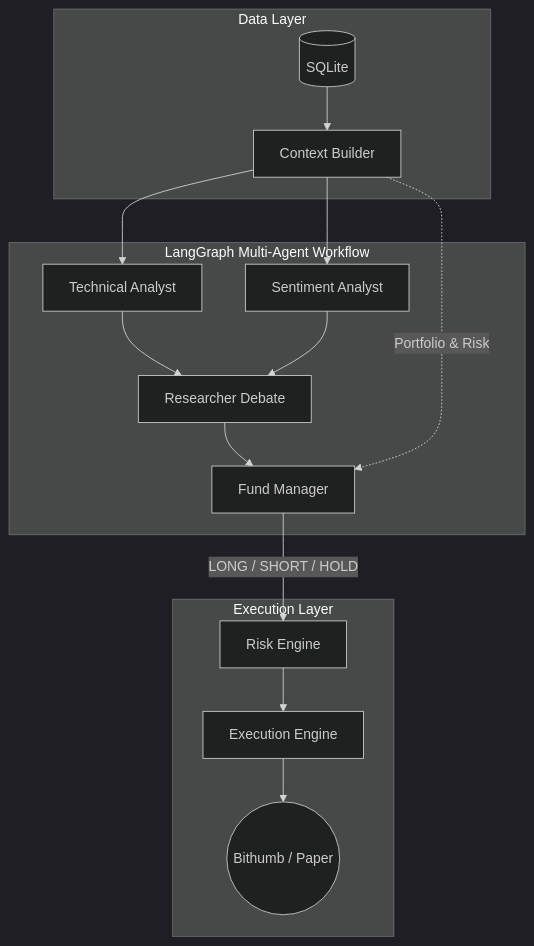
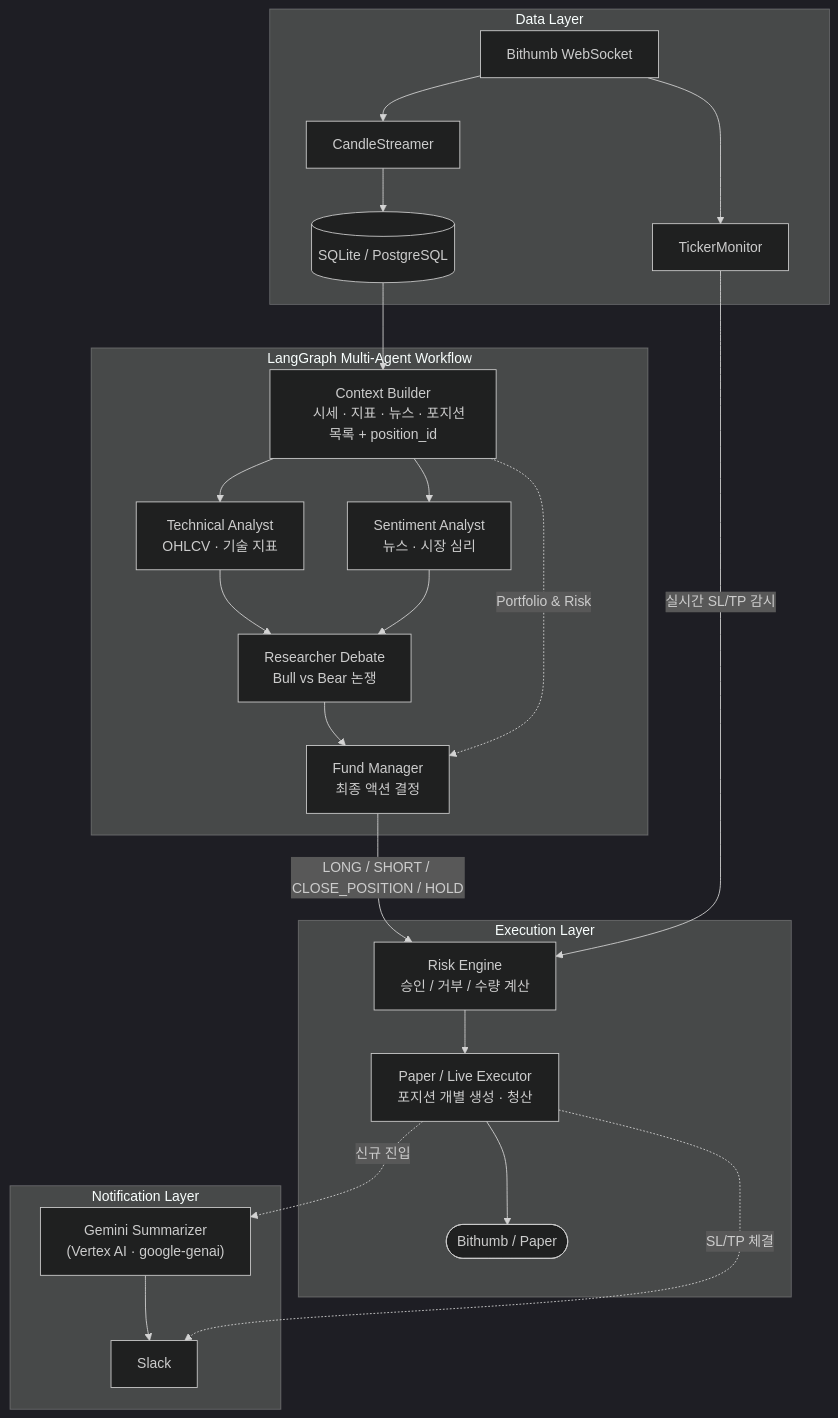
One commit to Jacob-9909/OpenTrading changed the diagram in README.md. Above: the diagram before and after it, drawn with Mermaid (dark theme). The commit also changed other lines of this file and 11 other files, not shown here.

````diff
--- a/README.md
+++ b/README.md
@@ -17,21 +9,52 @@
 ```mermaid
-graph TD
-    subgraph Data Layer
-        DB[(SQLite)] --> Context[Context Builder]
+flowchart TD
+    subgraph DataLayer["Data Layer"]
+        WS["Bithumb WebSocket"]
+        CS["CandleStreamer"]
+        TM["TickerMonitor"]
+        DB[("SQLite / PostgreSQL")]
+        WS --> CS --> DB
+        WS --> TM
     end
 
-    subgraph LangGraph Multi-Agent Workflow
-        Context --> Tech[Technical Analyst]
-        Context --> Sent[Sentiment Analyst]
-        Tech --> Debate[Researcher Debate]
-        Sent --> Debate
-        Debate --> Fund[Fund Manager]
-        Context -. Portfolio & Risk .-> Fund
+    subgraph AgentWorkflow["LangGraph Multi-Agent Workflow"]
+        CB["Context Builder
+    시세 · 지표 · 뉴스 · 포지션 목록 + position_id"]
+        TA["Technical Analyst
+        OHLCV · 기술 지표"]
+        SA["Sentiment Analyst
+        뉴스 · 시장 심리"]
+        RD["Researcher Debate
+        Bull vs Bear 논쟁"]
+        FM["Fund Manager
+        최종 액션 결정"]
+
+        CB --> TA
+        CB --> SA
+        TA --> RD
+        SA --> RD
+        RD --> FM
+        CB -. "Portfolio & Risk" .-> FM
     end
 
-    subgraph Execution Layer
-        Fund -- LONG / SHORT / HOLD --> Risk[Risk Engine]
-        Risk --> Exec[Execution Engine]
-        Exec --> Exchange((Bithumb / Paper))
+    subgraph ExecutionLayer["Execution Layer"]
+        RE["Risk Engine
+승인 / 거부 / 수량 계산"]
+        EX["Paper / Live Executor
+        포지션 개별 생성 · 청산"]
+        EXC(["Bithumb / Paper"])
+        RE --> EX --> EXC
     end
+
+    subgraph NotificationLayer["Notification Layer"]
+        SL["Slack"]
+        GM["Gemini Summarizer
+        (Vertex AI · google-genai)"]
+    end
+
+    DB --> CB
+    FM -- "LONG / SHORT / CLOSE_POSITION / HOLD" --> RE
+    TM -- "실시간 SL/TP 감시" --> RE
+    EX -. "신규 진입" .-> GM --> SL
+    EX -. "SL/TP 체결" .-> SL
 ```
````
